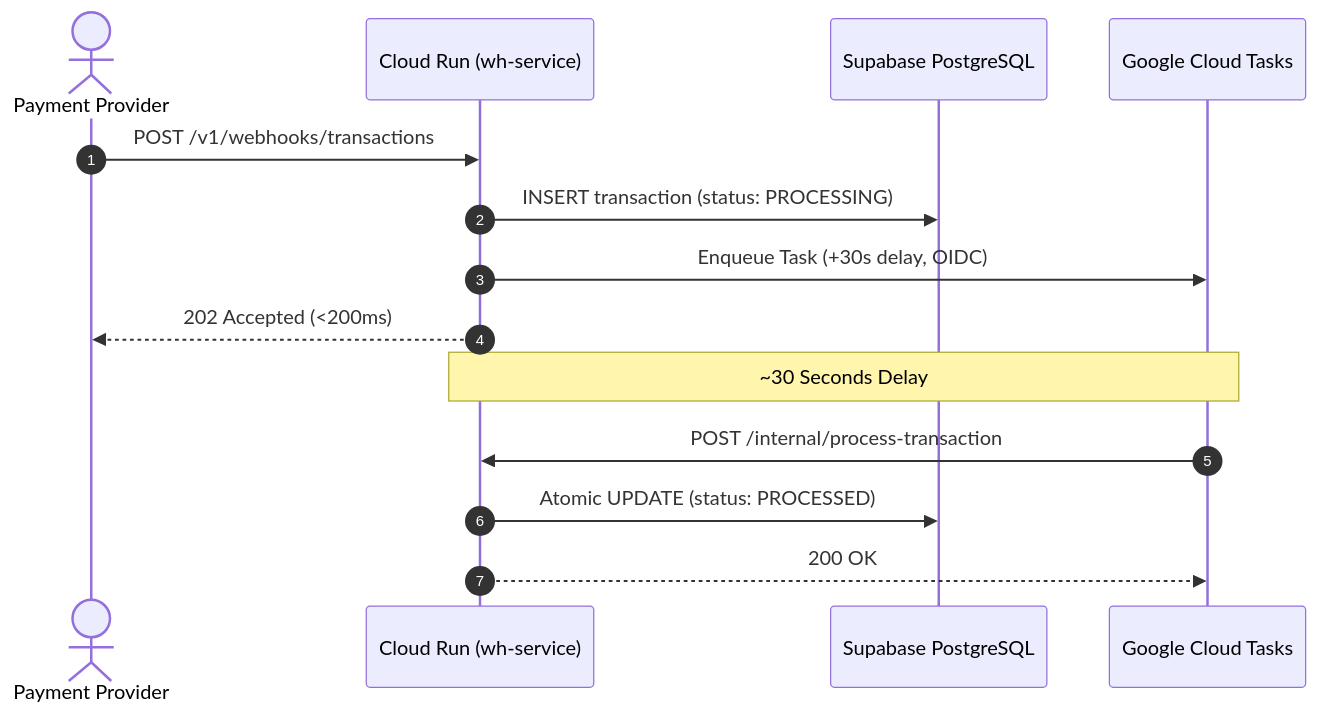
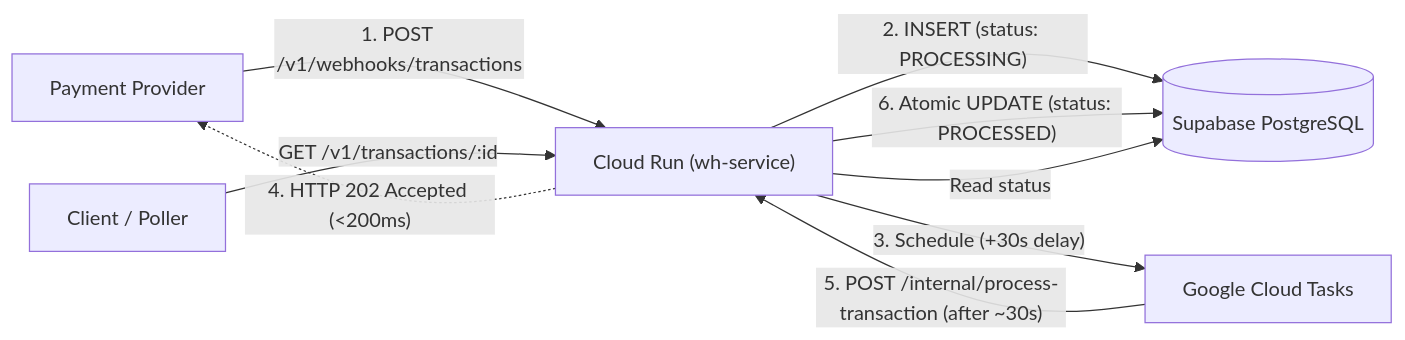
The diagram in README.md (sohanagashimani/wh-service), drawn with Mermaid before and after one commit.

Commit message:
docs: change architecture diagram to mermaid graph

````diff
--- a/README.md
+++ b/README.md
@@ -11,19 +11,13 @@
 ```mermaid
-sequenceDiagram
-    autonumber
-    actor Client as Payment Provider
-    participant App as Cloud Run (wh-service)
-    participant DB as Supabase PostgreSQL
-    participant Tasks as Google Cloud Tasks
+graph LR
+    Client["Payment Provider"] -->|"1. POST /v1/webhooks/transactions"| App["Cloud Run (wh-service)"]
+    App -->|"2. INSERT (status: PROCESSING)"| DB[("Supabase PostgreSQL")]
+    App -->|"3. Schedule (+30s delay)"| Tasks["Google Cloud Tasks"]
+    App -.->|"4. HTTP 202 Accepted (<200ms)"| Client
 
-    Client->>App: POST /v1/webhooks/transactions
-    App->>DB: INSERT transaction (status: PROCESSING)
-    App->>Tasks: Enqueue Task (+30s delay, OIDC)
-    App-->>Client: 202 Accepted (<200ms)
+    Tasks -->|"5. POST /internal/process-transaction (after ~30s)"| App
+    App -->|"6. Atomic UPDATE (status: PROCESSED)"| DB
 
-    Note over Tasks,App: ~30 Seconds Delay
-
-    Tasks->>App: POST /internal/process-transaction
-    App->>DB: Atomic UPDATE (status: PROCESSED)
-    App-->>Tasks: 200 OK
+    Poller["Client / Poller"] -->|"GET /v1/transactions/:id"| App
+    App -->|"Read status"| DB
 ```
````
